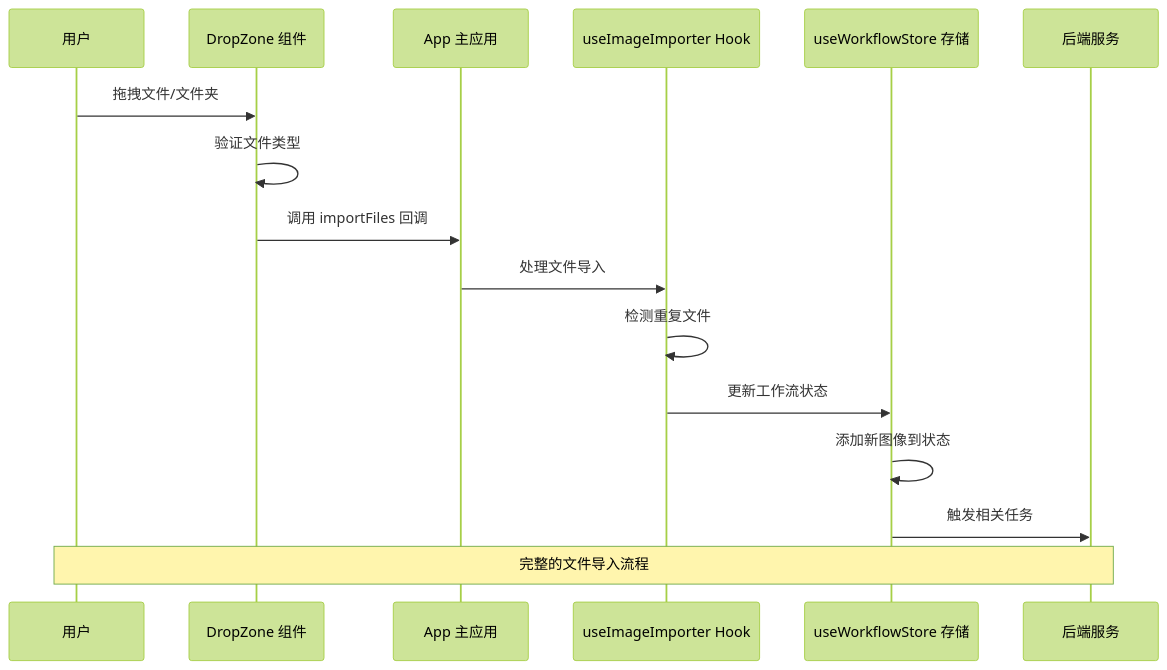
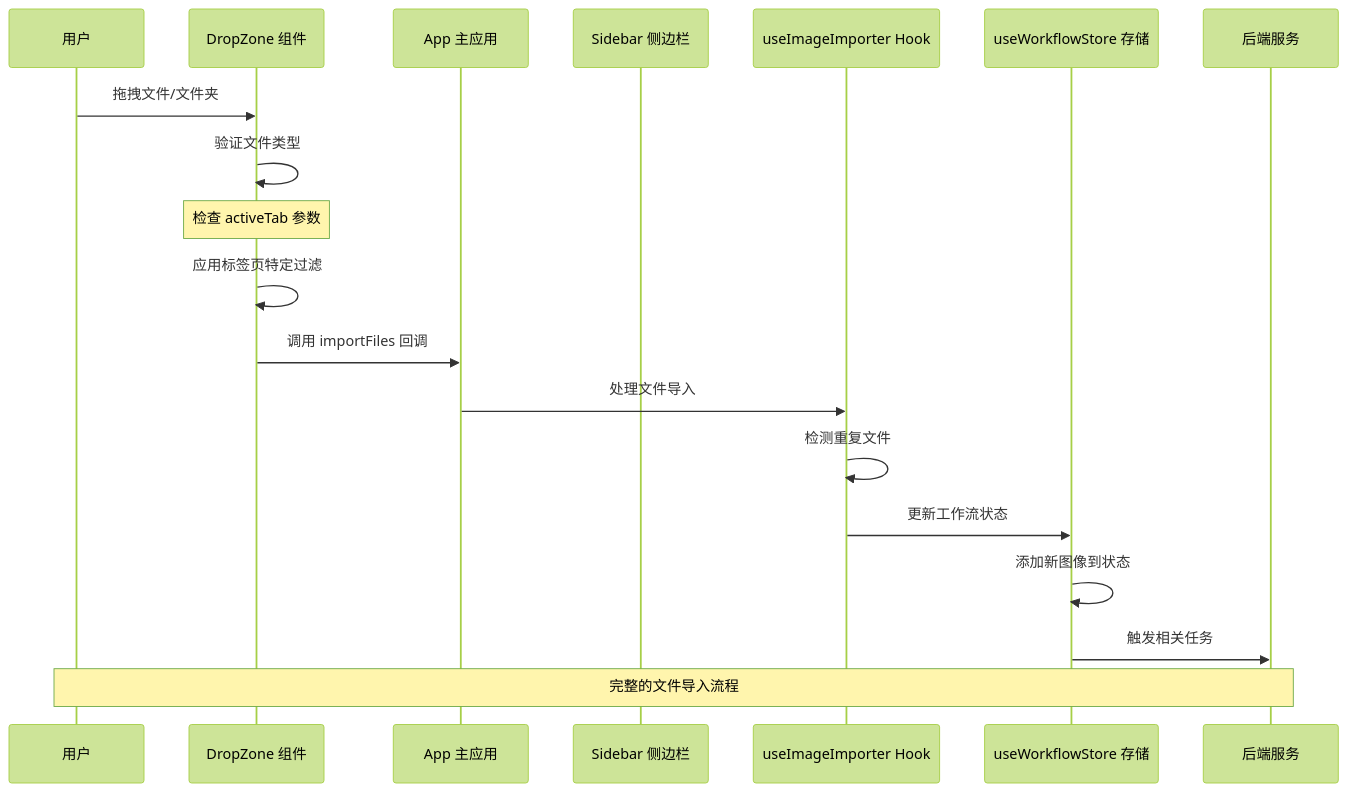
One commit to billye220670/CorineKit_Pix2Real changed the second of 13 diagrams in .qoder/repowiki/zh/content/用户界面组件/核心界面组件/拖拽上传区域 (DropZone).md. Above: the diagram before and after it, drawn with Mermaid (forest theme). The commit also changed other lines of this file and 13 other files, not shown here.

````diff
--- a/.qoder/repowiki/zh/content/用户界面组件/核心界面组件/拖拽上传区域 (DropZone).md
+++ b/.qoder/repowiki/zh/content/用户界面组件/核心界面组件/拖拽上传区域 (DropZone).md
@@ -105,18 +124,21 @@
 ```mermaid
 sequenceDiagram
 participant User as 用户
 participant DropZone as DropZone 组件
 participant App as App 主应用
+participant Sidebar as Sidebar 侧边栏
 participant Importer as useImageImporter Hook
 participant Store as useWorkflowStore 存储
 participant Backend as 后端服务
 User->>DropZone : 拖拽文件/文件夹
 DropZone->>DropZone : 验证文件类型
+Note over DropZone : 检查 activeTab 参数
+DropZone->>DropZone : 应用标签页特定过滤
 DropZone->>App : 调用 importFiles 回调
 App->>Importer : 处理文件导入
 Importer->>Importer : 检测重复文件
 Importer->>Store : 更新工作流状态
 Store->>Store : 添加新图像到状态
 Store->>Backend : 触发相关任务
 Note over User,Backend : 完整的文件导入流程
 ```
````
